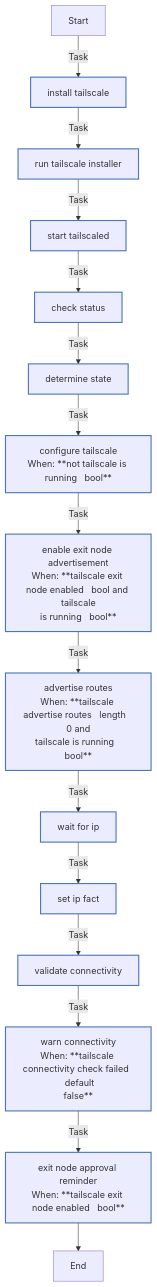
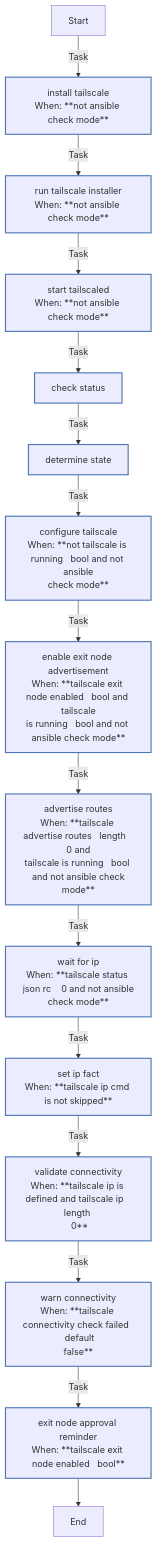
Before and after one commit to rou-cru/k3s-homelab: the diagram in roles/tailscale/README.md, drawn with Mermaid. The commit also changed other lines of this file and 57 other files, not shown here.

````diff
--- a/roles/tailscale/README.md
+++ b/roles/tailscale/README.md
@@ -168,27 +171,27 @@
 ```mermaid
 flowchart TD
 Start
 classDef block stroke:#3498db,stroke-width:2px;
 classDef task stroke:#4b76bb,stroke-width:2px;
 classDef includeTasks stroke:#16a085,stroke-width:2px;
 classDef importTasks stroke:#34495e,stroke-width:2px;
 classDef includeRole stroke:#2980b9,stroke-width:2px;
 classDef importRole stroke:#699ba7,stroke-width:2px;
 classDef includeVars stroke:#8e44ad,stroke-width:2px;
 classDef rescue stroke:#665352,stroke-width:2px;
 
-  Start-->|Task| Install_Tailscale0[install tailscale]:::task
-  Install_Tailscale0-->|Task| Run_Tailscale_installer1[run tailscale installer]:::task
-  Run_Tailscale_installer1-->|Task| Start_tailscaled2[start tailscaled]:::task
+  Start-->|Task| Install_Tailscale0[install tailscale<br>When: **not ansible check mode**]:::task
+  Install_Tailscale0-->|Task| Run_Tailscale_installer1[run tailscale installer<br>When: **not ansible check mode**]:::task
+  Run_Tailscale_installer1-->|Task| Start_tailscaled2[start tailscaled<br>When: **not ansible check mode**]:::task
   Start_tailscaled2-->|Task| Check_status3[check status]:::task
   Check_status3-->|Task| Determine_state4[determine state]:::task
-  Determine_state4-->|Task| Configure_Tailscale5[configure tailscale<br>When: **not tailscale is running   bool**]:::task
-  Configure_Tailscale5-->|Task| Enable_exit_node_advertisement6[enable exit node advertisement<br>When: **tailscale exit node enabled   bool and tailscale<br>is running   bool**]:::task
-  Enable_exit_node_advertisement6-->|Task| Advertise_routes7[advertise routes<br>When: **tailscale advertise routes   length   0 and<br>tailscale is running   bool**]:::task
-  Advertise_routes7-->|Task| Wait_for_IP8[wait for ip]:::task
-  Wait_for_IP8-->|Task| Set_IP_fact9[set ip fact]:::task
-  Set_IP_fact9-->|Task| Validate_connectivity10[validate connectivity]:::task
+  Determine_state4-->|Task| Configure_Tailscale5[configure tailscale<br>When: **not tailscale is running   bool and not ansible<br>check mode**]:::task
+  Configure_Tailscale5-->|Task| Enable_exit_node_advertisement6[enable exit node advertisement<br>When: **tailscale exit node enabled   bool and tailscale<br>is running   bool and not ansible check mode**]:::task
+  Enable_exit_node_advertisement6-->|Task| Advertise_routes7[advertise routes<br>When: **tailscale advertise routes   length   0 and<br>tailscale is running   bool and not ansible check<br>mode**]:::task
+  Advertise_routes7-->|Task| Wait_for_IP8[wait for ip<br>When: **tailscale status json rc    0 and not ansible<br>check mode**]:::task
+  Wait_for_IP8-->|Task| Set_IP_fact9[set ip fact<br>When: **tailscale ip cmd is not skipped**]:::task
+  Set_IP_fact9-->|Task| Validate_connectivity10[validate connectivity<br>When: **tailscale ip is defined and tailscale ip   length <br> 0**]:::task
   Validate_connectivity10-->|Task| Warn_connectivity11[warn connectivity<br>When: **tailscale connectivity check failed   default<br>false**]:::task
   Warn_connectivity11-->|Task| Exit_node_approval_reminder12[exit node approval reminder<br>When: **tailscale exit node enabled   bool**]:::task
   Exit_node_approval_reminder12-->End
 ```
````
